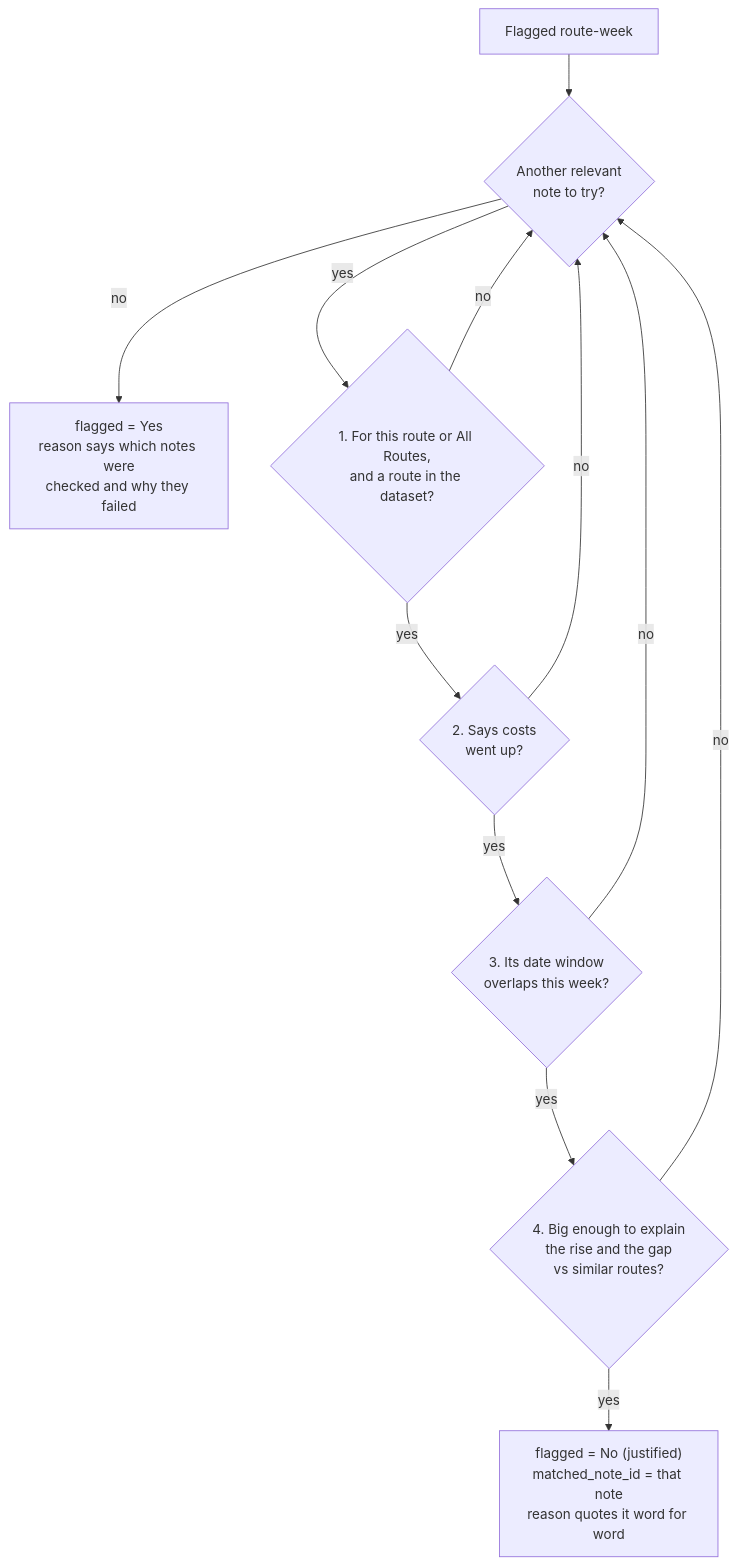
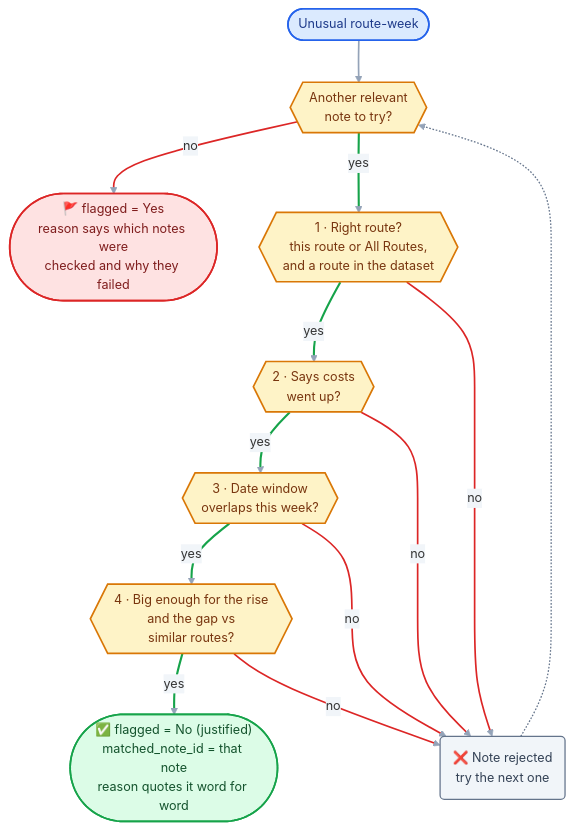
The second of 2 diagrams in README.md (vikramyadav1404/shipping-cost-assistant), drawn with Mermaid before and after one commit. The commit also changed other lines of this file, not shown here.

Commit message:
Colour-coded architecture diagrams

````diff
--- a/README.md
+++ b/README.md
@@ -91,14 +121,37 @@
 ```mermaid
+%%{init: {"theme": "base", "themeVariables": {"fontFamily": "Segoe UI, Helvetica, Arial, sans-serif", "fontSize": "15px", "lineColor": "#94A3B8", "edgeLabelBackground": "#F1F5F9", "textColor": "#0F172A"}}}%%
 flowchart TD
-    START["Flagged route-week"] --> NEXT{"Another relevant<br/>note to try?"}
-    NEXT -- "no" --> FLAG["flagged = Yes<br/>reason says which notes were<br/>checked and why they failed"]
-    NEXT -- "yes" --> Q1{"1. For this route or All Routes,<br/>and a route in the dataset?"}
-    Q1 -- "no" --> NEXT
-    Q1 -- "yes" --> Q2{"2. Says costs<br/>went up?"}
-    Q2 -- "no" --> NEXT
-    Q2 -- "yes" --> Q3{"3. Its date window<br/>overlaps this week?"}
-    Q3 -- "no" --> NEXT
-    Q3 -- "yes" --> Q4{"4. Big enough to explain<br/>the rise and the gap<br/>vs similar routes?"}
-    Q4 -- "no" --> NEXT
-    Q4 -- "yes" --> JUST["flagged = No (justified)<br/>matched_note_id = that note<br/>reason quotes it word for word"]
+    START(["Unusual route-week"]) --> NEXT{{"Another relevant<br/>note to try?"}}
+    NEXT -- "no" --> FLAG(["🚩 flagged = Yes<br/>reason says which notes were<br/>checked and why they failed"])
+    NEXT -- "yes" --> Q1{{"1 · Right route?<br/>this route or All Routes,<br/>and a route in the dataset"}}
+    Q1 -- "yes" --> Q2{{"2 · Says costs<br/>went up?"}}
+    Q2 -- "yes" --> Q3{{"3 · Date window<br/>overlaps this week?"}}
+    Q3 -- "yes" --> Q4{{"4 · Big enough for the rise<br/>and the gap vs<br/>similar routes?"}}
+    Q4 -- "yes" --> JUST(["✅ flagged = No (justified)<br/>matched_note_id = that note<br/>reason quotes it word for word"])
+    Q1 -- "no" --> SKIP("❌ Note rejected<br/>try the next one")
+    Q2 -- "no" --> SKIP
+    Q3 -- "no" --> SKIP
+    Q4 -- "no" --> SKIP
+    SKIP -.-> NEXT
+
+    classDef data fill:#DBEAFE,stroke:#2563EB,stroke-width:2px,color:#1E3A8A
+    classDef step fill:#EDE9FE,stroke:#7C3AED,stroke-width:2px,color:#3B0764
+    classDef note fill:#CCFBF1,stroke:#0D9488,stroke-width:2px,color:#134E4A
+    classDef ai fill:#FFEDD5,stroke:#EA580C,stroke-width:2px,stroke-dasharray:6 4,color:#7C2D12
+    classDef decide fill:#FEF3C7,stroke:#D97706,stroke-width:2px,color:#78350F
+    classDef ok fill:#DCFCE7,stroke:#16A34A,stroke-width:2px,color:#14532D
+    classDef bad fill:#FEE2E2,stroke:#DC2626,stroke-width:2px,color:#7F1D1D
+    classDef quiet fill:#F1F5F9,stroke:#64748B,stroke-width:1.5px,color:#334155
+    classDef out fill:#1E3A8A,stroke:#1E3A8A,stroke-width:2px,color:#FFFFFF
+
+    class START data
+    class NEXT,Q1,Q2,Q3,Q4 decide
+    class JUST ok
+    class FLAG bad
+    class SKIP quiet
+
+    linkStyle default stroke:#94A3B8,stroke-width:2px
+    linkStyle 2,3,4,5,6 stroke:#16A34A,stroke-width:2.5px
+    linkStyle 1,7,8,9,10 stroke:#DC2626,stroke-width:2px
+    linkStyle 11 stroke:#64748B,stroke-width:1.5px
 ```
````
